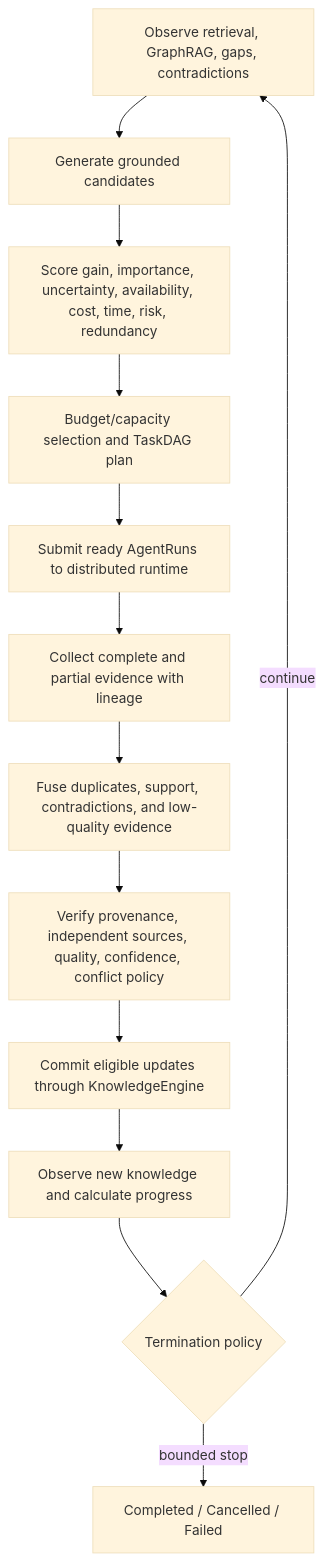
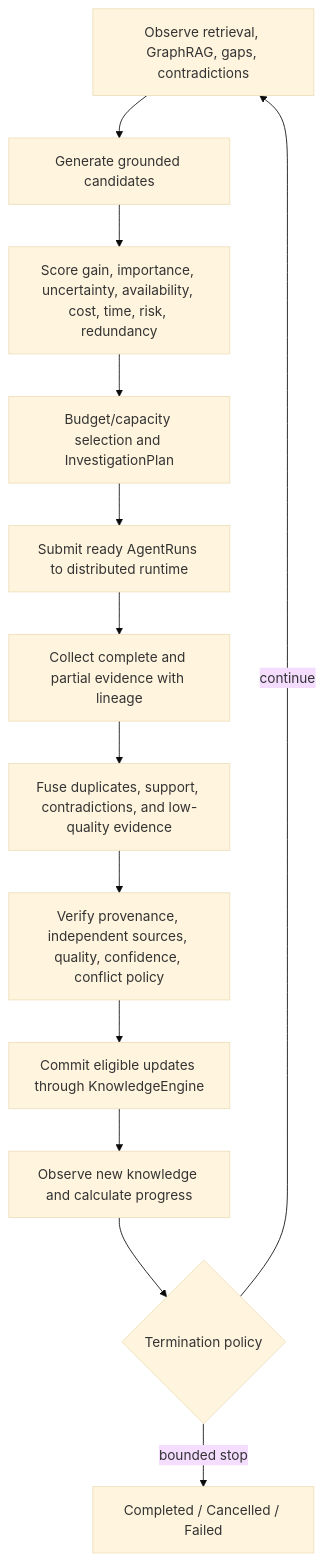
The second of 2 diagrams in docs/autonomous-loop.md (Project-Nexus-YR/NEXUS), drawn with Mermaid (base theme) before and after one commit. The commit also changed 10 other files, not shown here.

````diff
--- a/docs/autonomous-loop.md
+++ b/docs/autonomous-loop.md
@@ -31,15 +31,15 @@
 ```mermaid
 flowchart TD
     O["Observe retrieval, GraphRAG, gaps, contradictions"] --> G["Generate grounded candidates"]
     G --> S["Score gain, importance, uncertainty, availability, cost, time, risk, redundancy"]
-    S --> P["Budget/capacity selection and TaskDAG plan"]
+    S --> P["Budget/capacity selection and InvestigationPlan"]
     P --> R["Submit ready AgentRuns to distributed runtime"]
     R --> E["Collect complete and partial evidence with lineage"]
     E --> F["Fuse duplicates, support, contradictions, and low-quality evidence"]
     F --> V["Verify provenance, independent sources, quality, confidence, conflict policy"]
     V --> U["Commit eligible updates through KnowledgeEngine"]
     U --> N["Observe new knowledge and calculate progress"]
     N --> T{"Termination policy"}
     T -->|"continue"| O
     T -->|"bounded stop"| X["Completed / Cancelled / Failed"]
 ```
````
